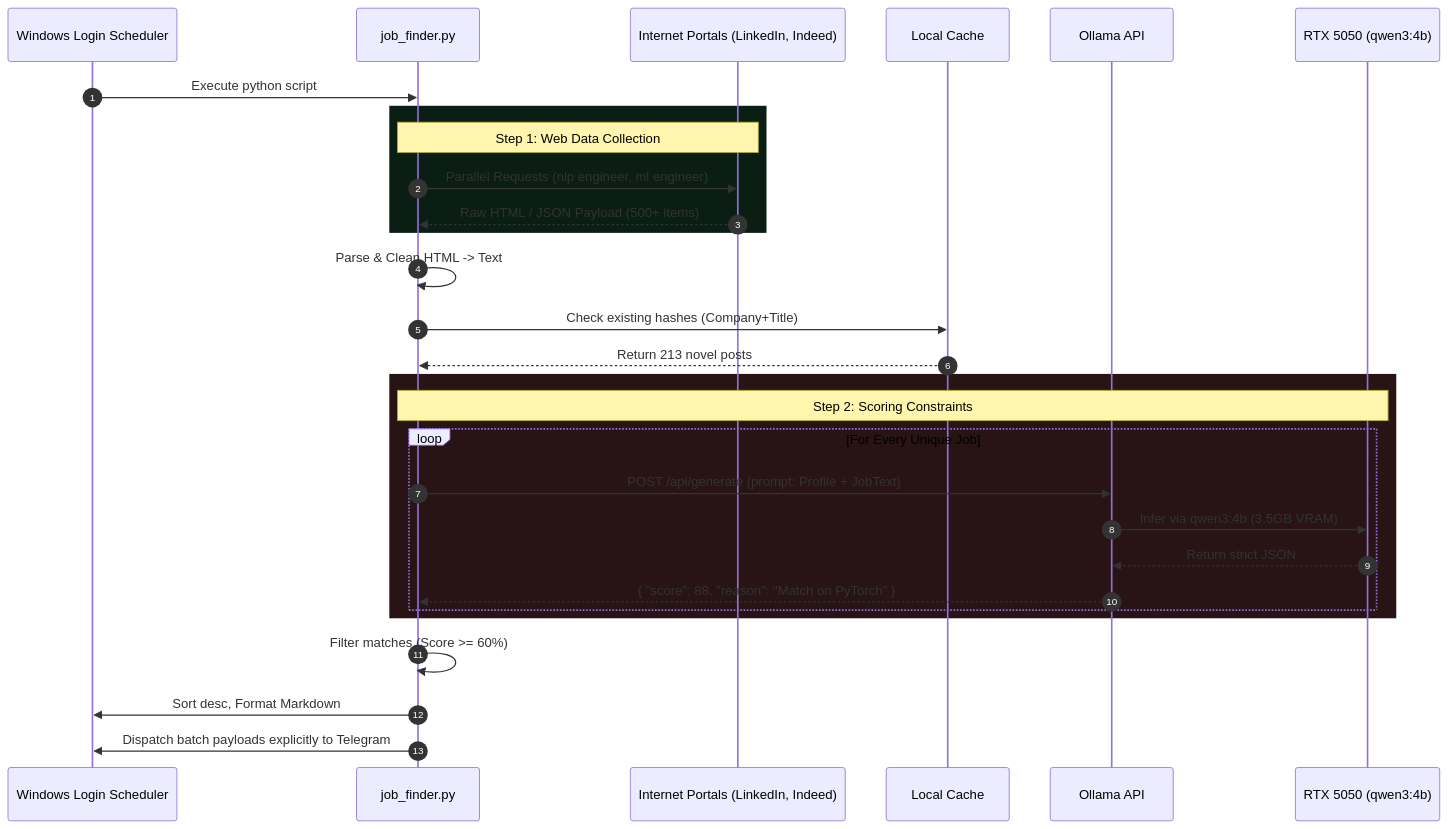
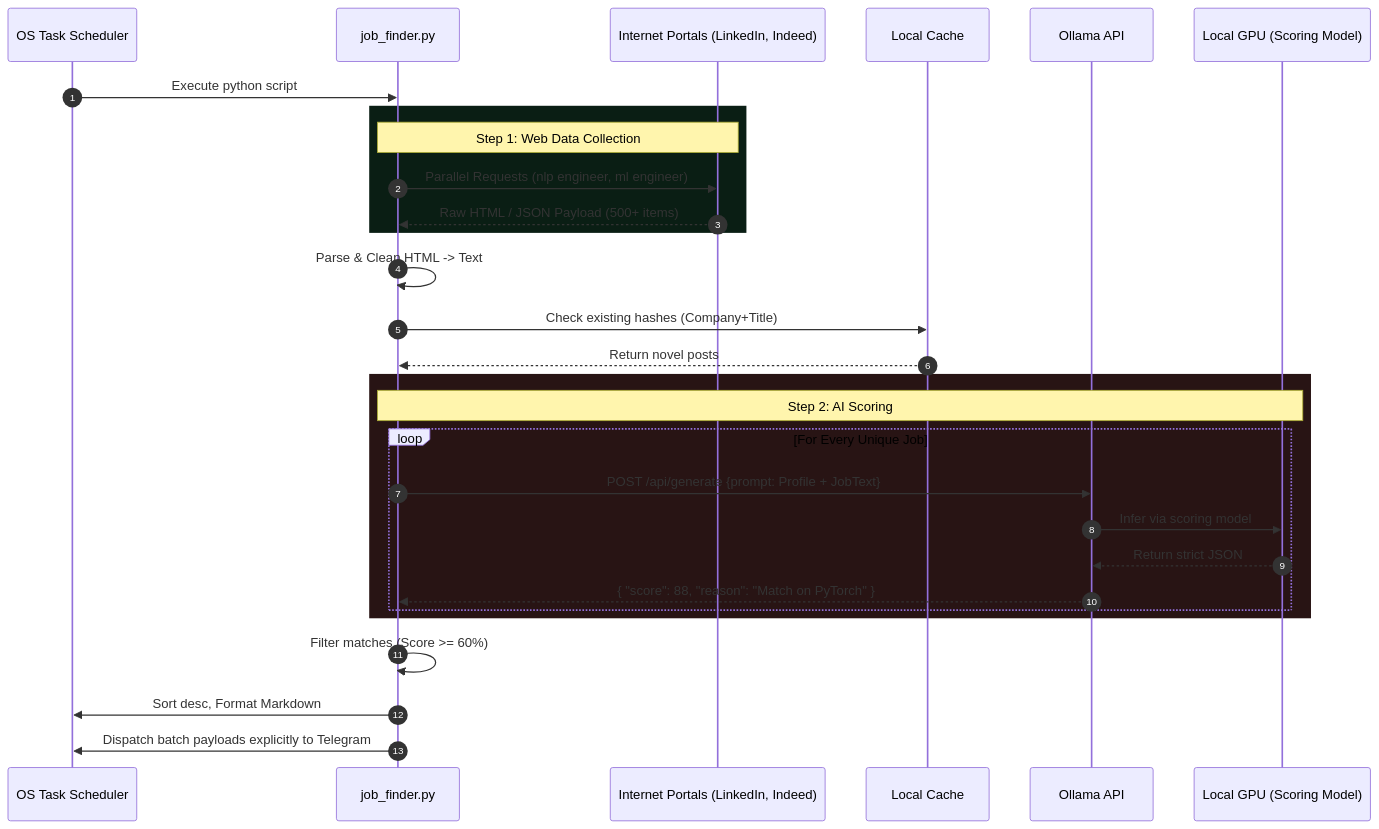
The second of 3 diagrams in DATA_FLOW.md (ArPaN-DS/JobScout-lite), drawn with Mermaid before and after one commit. The commit also changed other lines of this file and 6 other files, not shown here.

````diff
--- a/DATA_FLOW.md
+++ b/DATA_FLOW.md
@@ -46,37 +46,37 @@
 ```mermaid
 sequenceDiagram
     autonumber
-    participant OS as Windows Login Scheduler
+    participant OS as OS Task Scheduler
     participant JobFinder as job_finder.py
     participant Web as Internet Portals (LinkedIn, Indeed)
     participant Memory as Local Cache
     participant Ollama as Ollama API
-    participant GPU as RTX 5050 (qwen3:4b)
+    participant GPU as Local GPU (Scoring Model)
 
     OS->>JobFinder: Execute python script
     
     rect rgb(10, 30, 20)
     Note over JobFinder,Web: Step 1: Web Data Collection
     JobFinder->>Web: Parallel Requests (nlp engineer, ml engineer)
     Web-->>JobFinder: Raw HTML / JSON Payload (500+ items)
     end
     
     JobFinder->>JobFinder: Parse & Clean HTML -> Text
     
     JobFinder->>Memory: Check existing hashes (Company+Title)
-    Memory-->>JobFinder: Return 213 novel posts
+    Memory-->>JobFinder: Return novel posts
     
     rect rgb(40, 20, 20)
-    Note over JobFinder,GPU: Step 2: Scoring Constraints
+    Note over JobFinder,GPU: Step 2: AI Scoring
     loop For Every Unique Job
         JobFinder->>Ollama: POST /api/generate {prompt: Profile + JobText}
-        Ollama->>GPU: Infer via qwen3:4b (3.5GB VRAM)
+        Ollama->>GPU: Infer via scoring model
         GPU-->>Ollama: Return strict JSON
         Ollama-->>JobFinder: { "score": 88, "reason": "Match on PyTorch" }
     end
     end
     
     JobFinder->>JobFinder: Filter matches (Score >= 60%)
     JobFinder->>OS: Sort desc, Format Markdown
     JobFinder->>OS: Dispatch batch payloads explicitly to Telegram
 ```
````
